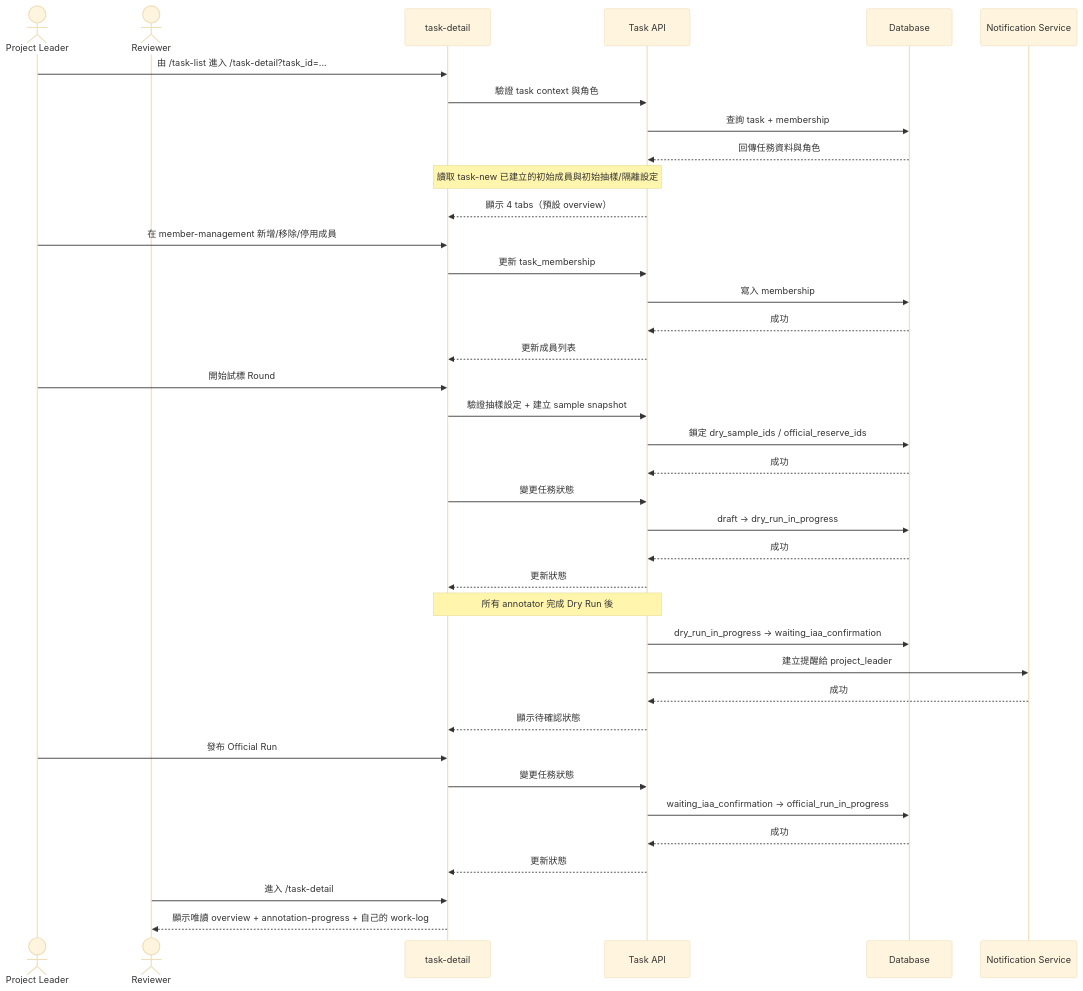
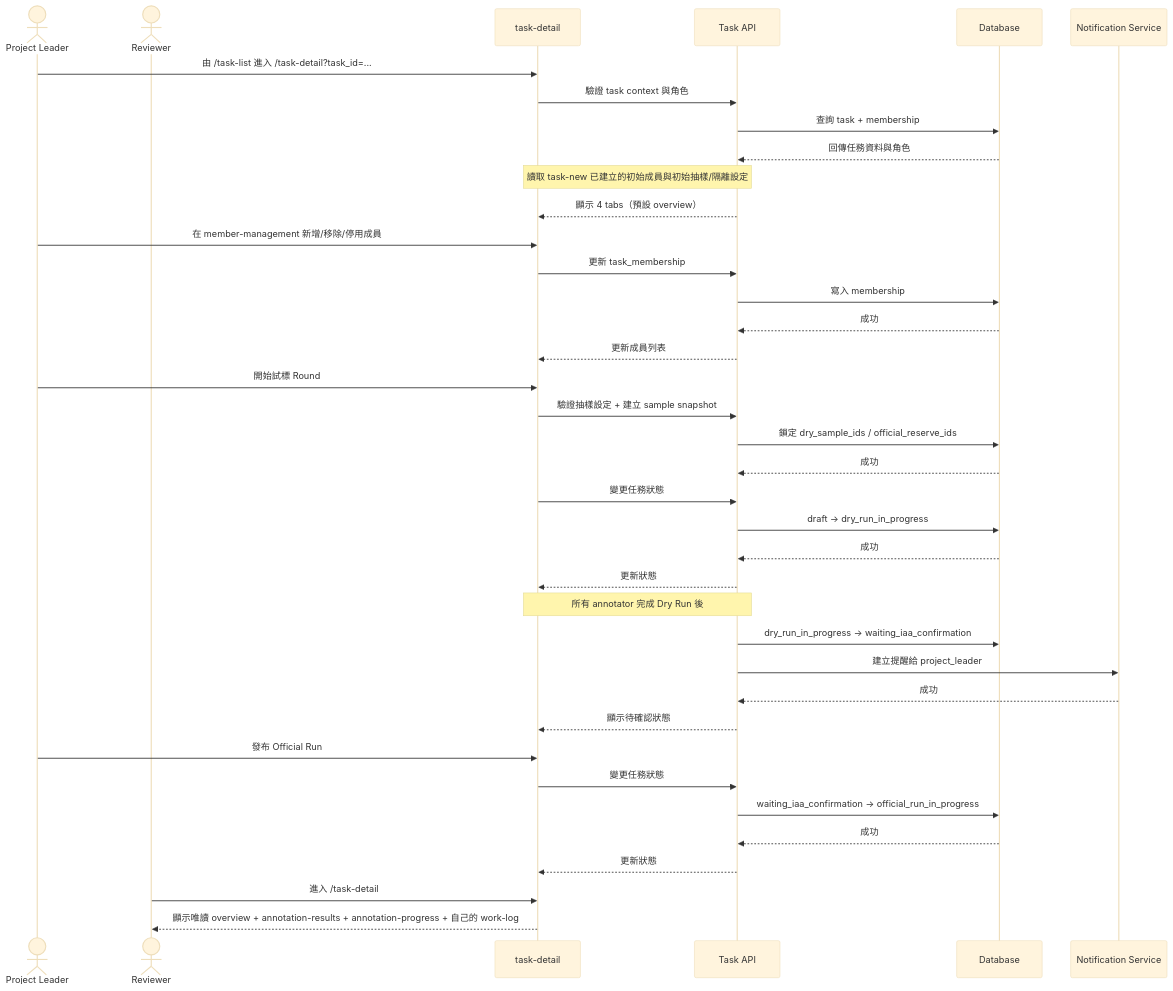
Before and after one commit to singyichen/label-suite: the first of 2 diagrams in specs/task-management/014-task-detail/spec.md, drawn with Mermaid (base theme). The commit also changed other lines of this file, not shown here.

First line of the commit message:
docs(task-management): bump spec 014 to v1.6.0 with annotation-results tab

````diff
--- a/specs/task-management/014-task-detail/spec.md
+++ b/specs/task-management/014-task-detail/spec.md
@@ -38,46 +38,46 @@
 ```mermaid
 sequenceDiagram
     actor PL as Project Leader
     actor RV as Reviewer
     participant UI as task-detail
     participant API as Task API
     participant DB as Database
     participant Notify as Notification Service
 
     PL->>UI: 由 /task-list 進入 /task-detail?task_id=...
     UI->>API: 驗證 task context 與角色
     API->>DB: 查詢 task + membership
     DB-->>API: 回傳任務資料與角色
     Note over UI,API: 讀取 task-new 已建立的初始成員與初始抽樣/隔離設定
     API-->>UI: 顯示 4 tabs（預設 overview）
 
     PL->>UI: 在 member-management 新增/移除/停用成員
     UI->>API: 更新 task_membership
     API->>DB: 寫入 membership
     DB-->>API: 成功
     API-->>UI: 更新成員列表
 
     PL->>UI: 開始試標 Round
     UI->>API: 驗證抽樣設定 + 建立 sample snapshot
     API->>DB: 鎖定 dry_sample_ids / official_reserve_ids
     DB-->>API: 成功
     UI->>API: 變更任務狀態
     API->>DB: draft -> dry_run_in_progress
     DB-->>API: 成功
     API-->>UI: 更新狀態
 
     Note over UI,API: 所有 annotator 完成 Dry Run 後
     API->>DB: dry_run_in_progress -> waiting_iaa_confirmation
     API->>Notify: 建立提醒給 project_leader
     Notify-->>API: 成功
     API-->>UI: 顯示待確認狀態
 
     PL->>UI: 發布 Official Run
     UI->>API: 變更任務狀態
     API->>DB: waiting_iaa_confirmation -> official_run_in_progress
     DB-->>API: 成功
     API-->>UI: 更新狀態
 
     RV->>UI: 進入 /task-detail
-    UI-->>RV: 顯示唯讀 overview + annotation-progress + 自己的 work-log
+    UI-->>RV: 顯示唯讀 overview + annotation-results + annotation-progress + 自己的 work-log
 ```
````
